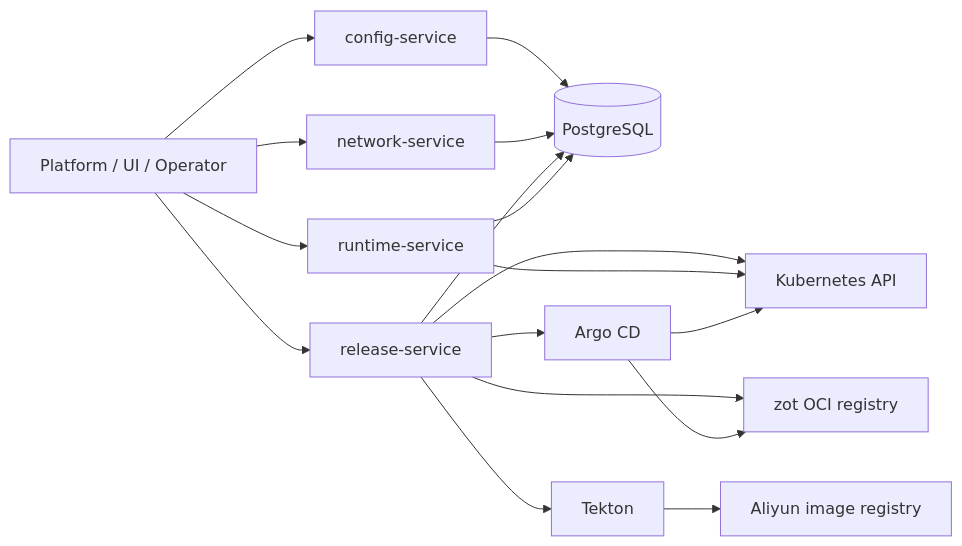
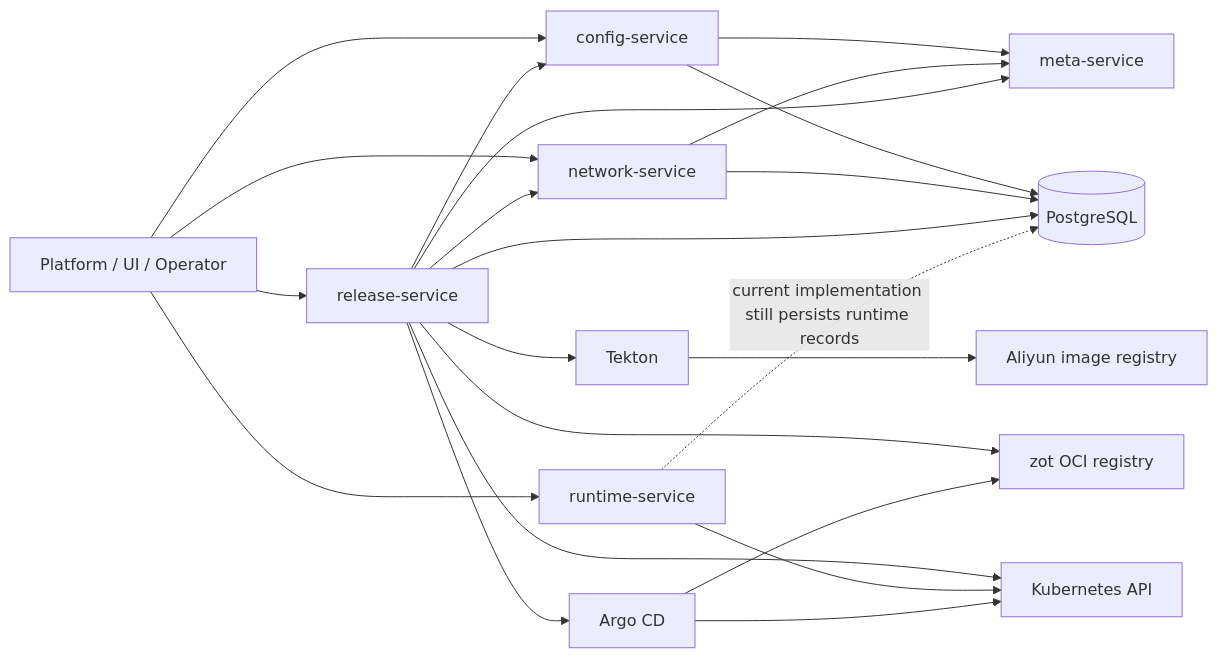
The first of 5 diagrams in docs/system/diagrams.md (bsonger/devflow-service), drawn with Mermaid before and after one commit. The commit also changed other lines of this file and 5 other files, not shown here.

````diff
--- a/docs/system/diagrams.md
+++ b/docs/system/diagrams.md
@@ -16,25 +16,39 @@
 ```mermaid
 flowchart LR
     User[Platform / UI / Operator]
 
     User --> CS[config-service]
     User --> NS[network-service]
     User --> RS[release-service]
     User --> RTS[runtime-service]
 
-    CS --> PG[(PostgreSQL)]
+    META[meta-service]
+    PG[(PostgreSQL)]
+    KS[Kubernetes API]
+    TK[Tekton]
+    ARGO[Argo CD]
+    ZOT[zot OCI registry]
+    ALIYUN[Aliyun image registry]
+
+    CS --> META
+    CS --> PG
+
+    NS --> META
     NS --> PG
+
+    RS --> META
+    RS --> CS
+    RS --> NS
     RS --> PG
-    RTS --> PG
-
-    RS --> TK[Tekton]
-    RS --> ARGO[Argo CD]
-    RS --> ZOT[zot OCI registry]
-    RS --> KS[Kubernetes API]
+    RS --> TK
+    RS --> ARGO
+    RS --> ZOT
+    RS --> KS
 
     RTS --> KS
+    RTS -. current implementation still persists runtime records .-> PG
 
-    TK --> ALIYUN[Aliyun image registry]
+    TK --> ALIYUN
     ARGO --> ZOT
     ARGO --> KS
 ```
````
